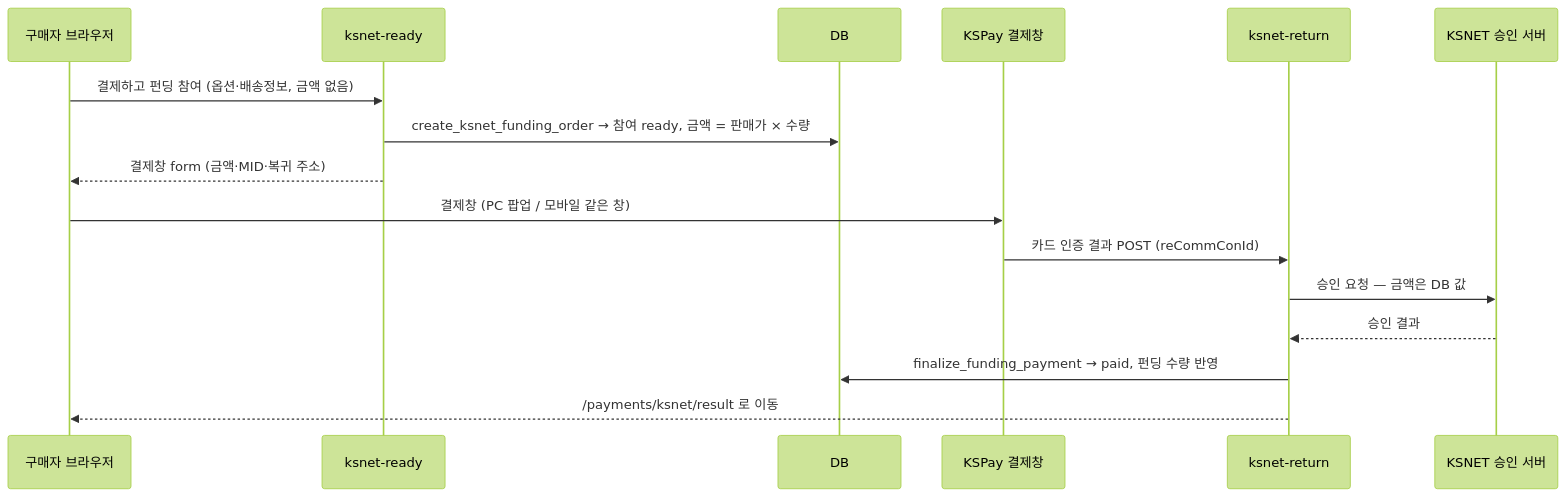
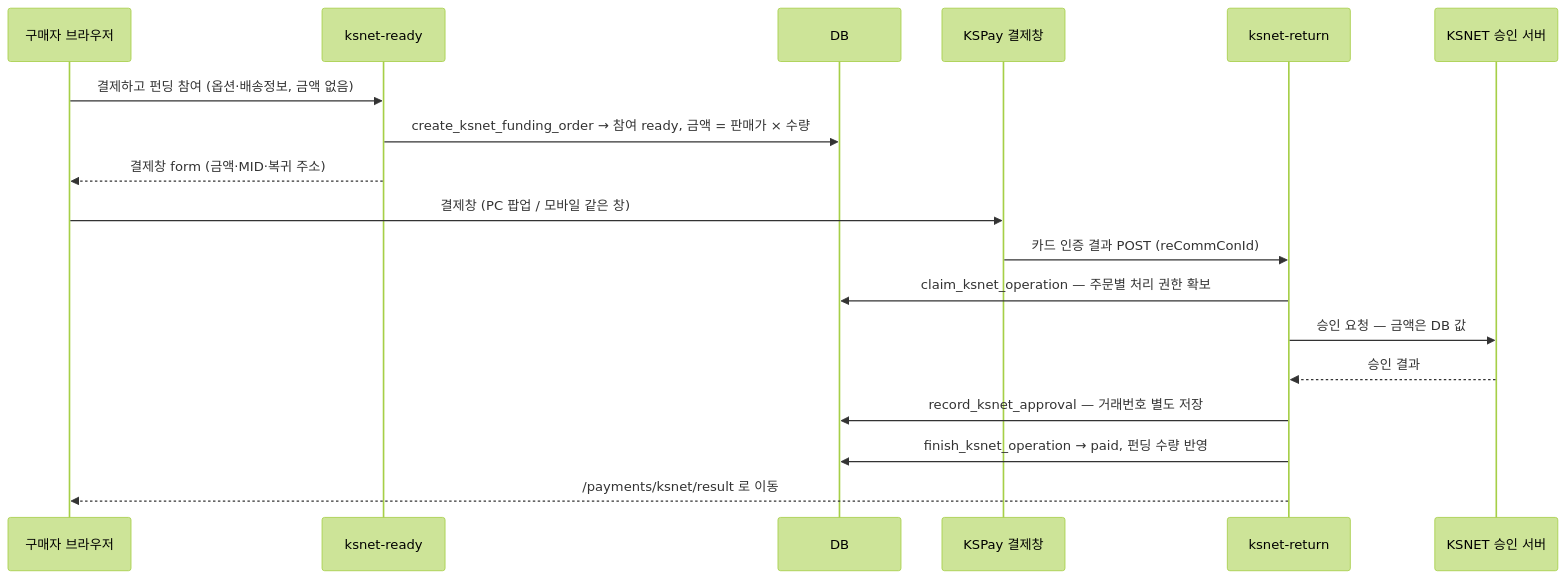
The diagram in docs/KSNET_PAYMENT.md (brand-er1/clothology-express), drawn with Mermaid (forest theme) before and after one commit. The commit also changed other lines of this file and 15 other files, not shown here.

````diff
--- a/docs/KSNET_PAYMENT.md
+++ b/docs/KSNET_PAYMENT.md
@@ -14,18 +14,20 @@
 ```mermaid
 sequenceDiagram
   participant B as 구매자 브라우저
   participant R as ksnet-ready
   participant DB as DB
   participant K as KSPay 결제창
   participant T as ksnet-return
   participant KS as KSNET 승인 서버
   B->>R: 결제하고 펀딩 참여 (옵션·배송정보, 금액 없음)
   R->>DB: create_ksnet_funding_order → 참여 ready, 금액 = 판매가 × 수량
   R-->>B: 결제창 form (금액·MID·복귀 주소)
   B->>K: 결제창 (PC 팝업 / 모바일 같은 창)
   K->>T: 카드 인증 결과 POST (reCommConId)
+  T->>DB: claim_ksnet_operation — 주문별 처리 권한 확보
   T->>KS: 승인 요청 — 금액은 DB 값
   KS-->>T: 승인 결과
-  T->>DB: finalize_funding_payment → paid, 펀딩 수량 반영
+  T->>DB: record_ksnet_approval — 거래번호 별도 저장
+  T->>DB: finish_ksnet_operation → paid, 펀딩 수량 반영
   T-->>B: /payments/ksnet/result 로 이동
 ```
````
